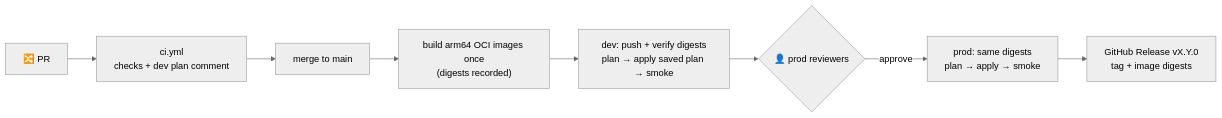
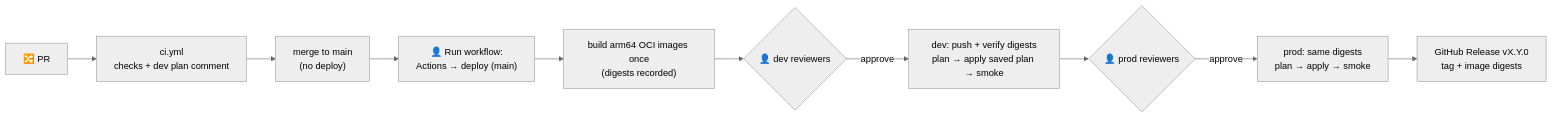
Before and after one commit to perspectivism/url-shortener-ecs-fargate: diagram 15 of 15 in docs/runbook.md, drawn with Mermaid (neutral theme). The commit also changed other lines of this file and 13 other files, not shown here.

````diff
--- a/docs/runbook.md
+++ b/docs/runbook.md
@@ -457,10 +461,12 @@
 ```mermaid
 flowchart LR
     pr["🔀 PR"] --> ci["ci.yml<br/>checks + dev plan comment"]
-    ci --> merge["merge to main"]
-    merge --> build["build arm64 OCI images once<br/>(digests recorded)"]
-    build --> dev["dev: push + verify digests<br/>plan → apply saved plan → smoke"]
+    ci --> merge["merge to main<br/>(no deploy)"]
+    merge --> run["👤 Run workflow:<br/>Actions → deploy (main)"]
+    run --> build["build arm64 OCI images once<br/>(digests recorded)"]
+    build --> wdev{"👤 dev reviewers"}
+    wdev -->|approve| dev["dev: push + verify digests<br/>plan → apply saved plan → smoke"]
     dev --> wait{"👤 prod reviewers"}
     wait -->|approve| prod["prod: same digests<br/>plan → apply → smoke"]
     prod --> rel["GitHub Release vX.Y.0<br/>tag + image digests"]
 ```
````
